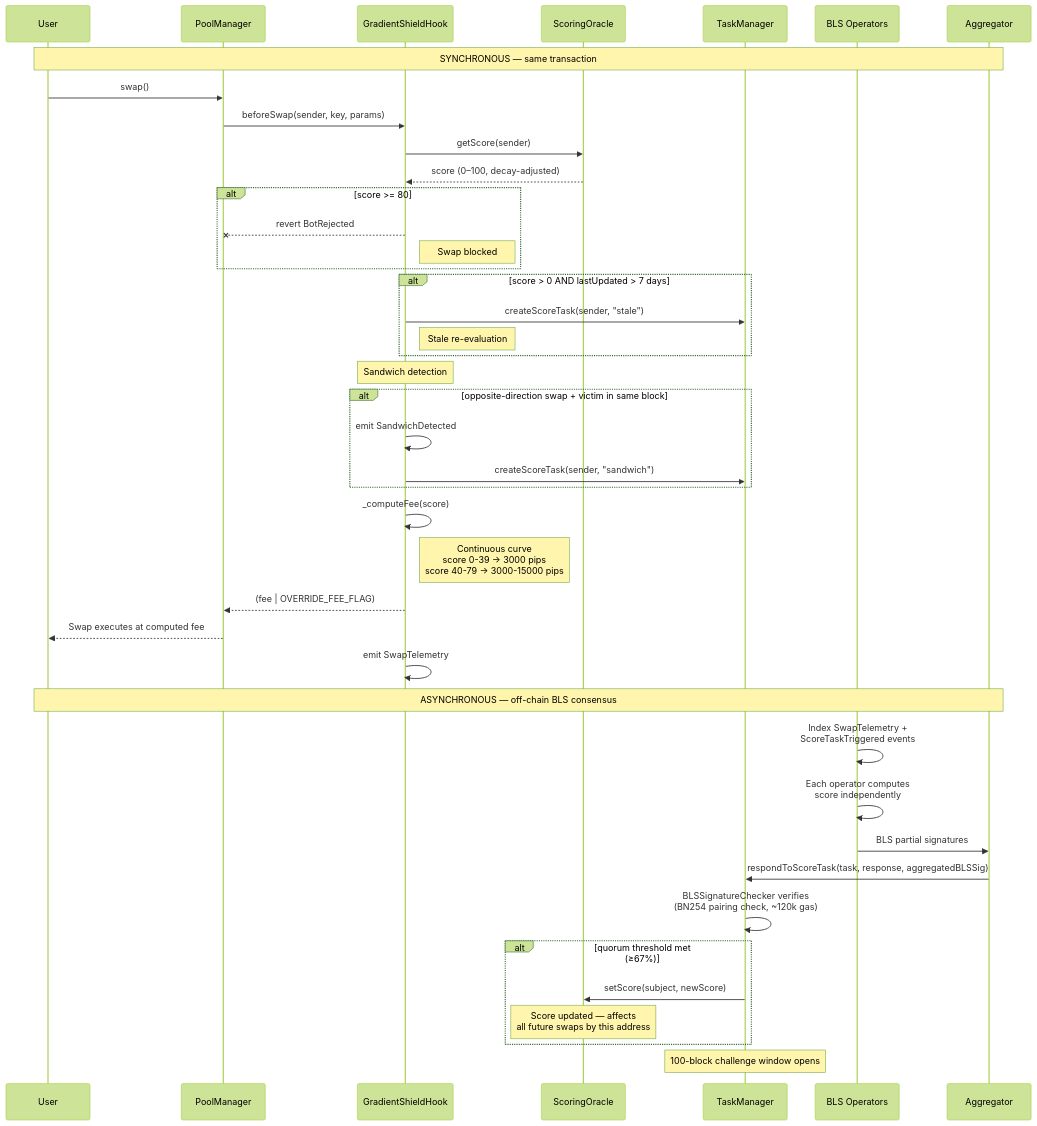
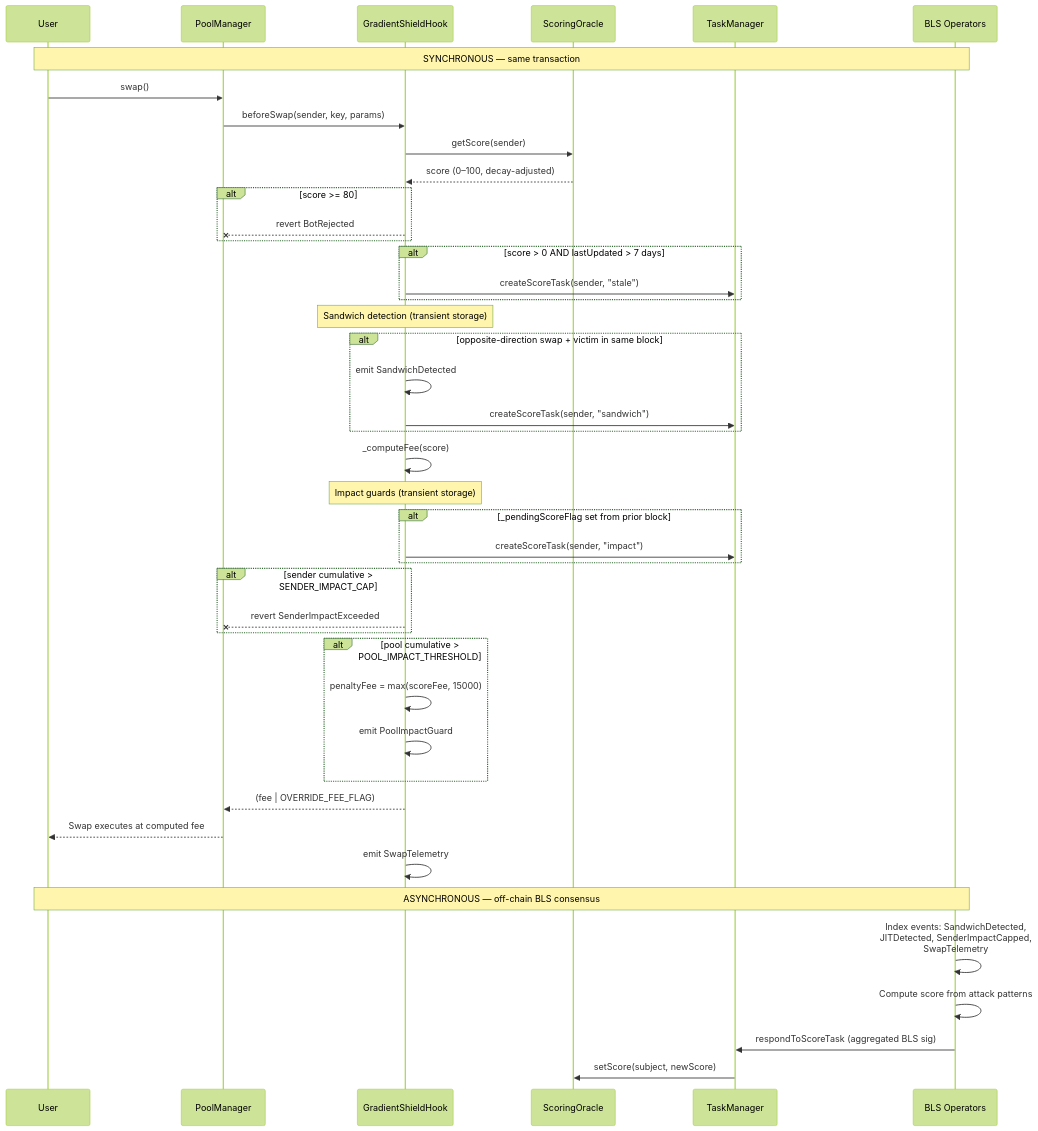
Before and after one commit to sivajialla/gradient-shield: the second of 2 diagrams in README.md, drawn with Mermaid (forest theme). The commit also changed other lines of this file and 13 other files, not shown here.

First line of the commit message:
Add impact guards, event-based AVS scoring, and 200 tests

````diff
--- a/README.md
+++ b/README.md
@@ -84,58 +101,57 @@
 ```mermaid
 sequenceDiagram
     participant User
     participant PM as PoolManager
     participant Hook as GradientShieldHook
     participant Oracle as ScoringOracle
     participant TM as TaskManager
     participant Ops as BLS Operators
-    participant Agg as Aggregator
 
-    Note over User,Agg: SYNCHRONOUS — same transaction
+    Note over User,Ops: SYNCHRONOUS — same transaction
 
     User->>PM: swap()
     PM->>Hook: beforeSwap(sender, key, params)
 
     Hook->>Oracle: getScore(sender)
     Oracle-->>Hook: score (0–100, decay-adjusted)
 
     alt score >= 80
         Hook--xPM: revert BotRejected
-        Note right of Hook: Swap blocked
     end
 
     alt score > 0 AND lastUpdated > 7 days
         Hook->>TM: createScoreTask(sender, "stale")
-        Note right of Hook: Stale re-evaluation
     end
 
-    Note over Hook: Sandwich detection
+    Note over Hook: Sandwich detection (transient storage)
     alt opposite-direction swap + victim in same block
         Hook->>Hook: emit SandwichDetected
         Hook->>TM: createScoreTask(sender, "sandwich")
     end
 
     Hook->>Hook: _computeFee(score)
-    Note right of Hook: Continuous curve<br/>score 0-39 → 3000 pips<br/>score 40-79 → 3000-15000 pips
+
+    Note over Hook: Impact guards (transient storage)
+    alt _pendingScoreFlag set from prior block
+        Hook->>TM: createScoreTask(sender, "impact")
+    end
+    alt sender cumulative > SENDER_IMPACT_CAP
+        Hook--xPM: revert SenderImpactExceeded
+    end
+    alt pool cumulative > POOL_IMPACT_THRESHOLD
+        Hook->>Hook: penaltyFee = max(scoreFee, 15000)
+        Hook->>Hook: emit PoolImpactGuard
+    end
 
     Hook-->>PM: (fee | OVERRIDE_FEE_FLAG)
     PM-->>User: Swap executes at computed fee
 
     Hook->>Hook: emit SwapTelemetry
 
-    Note over User,Agg: ASYNCHRONOUS — off-chain BLS consensus
+    Note over User,Ops: ASYNCHRONOUS — off-chain BLS consensus
 
-    Ops->>Ops: Index SwapTelemetry +<br/>ScoreTaskTriggered events
-    Ops->>Ops: Each operator computes<br/>score independently
-    Ops->>Agg: BLS partial signatures
-
-    Agg->>TM: respondToScoreTask(task, response, aggregatedBLSSig)
-    TM->>TM: BLSSignatureChecker verifies<br/>(BN254 pairing check, ~120k gas)
-
-    alt quorum threshold met (≥67%)
-        TM->>Oracle: setScore(subject, newScore)
-        Note over Oracle: Score updated — affects<br/>all future swaps by this address
-    end
-
-    Note over TM: 100-block challenge window opens
+    Ops->>Ops: Index events: SandwichDetected,<br/>JITDetected, SenderImpactCapped,<br/>SwapTelemetry
+    Ops->>Ops: Compute score from attack patterns
+    Ops->>TM: respondToScoreTask (aggregated BLS sig)
+    TM->>Oracle: setScore(subject, newScore)
 ```
````
